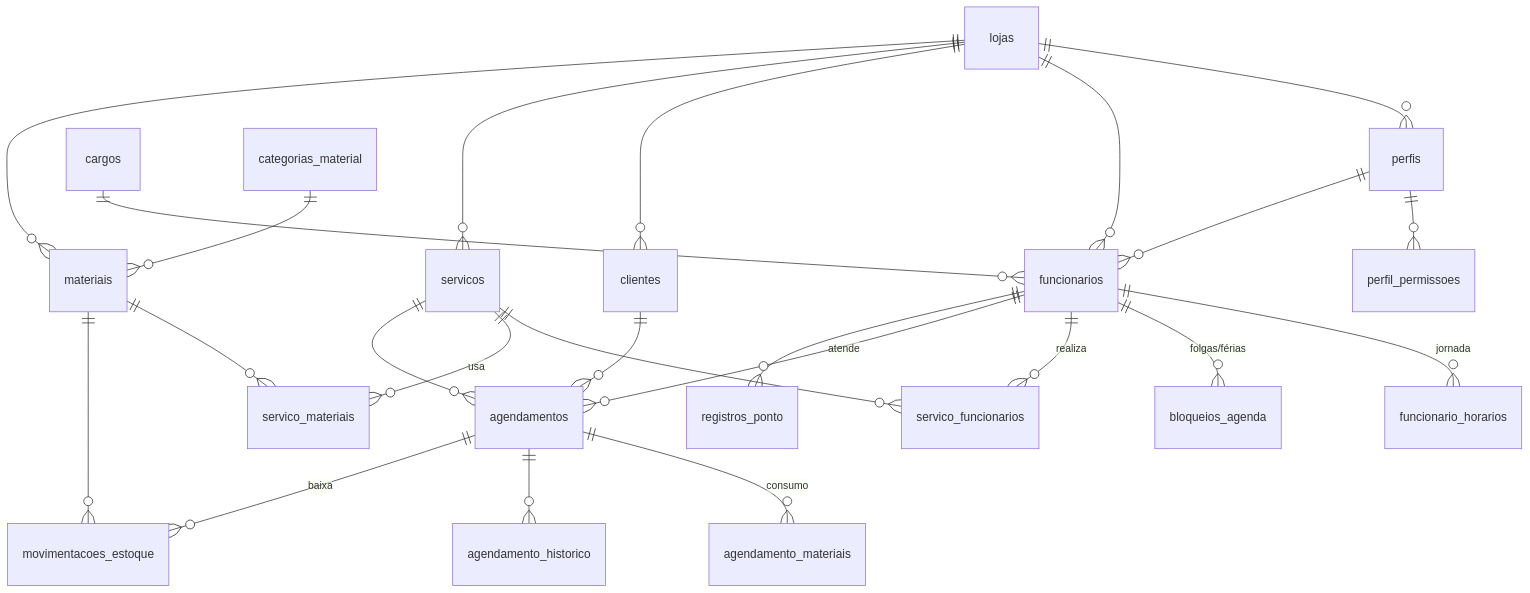
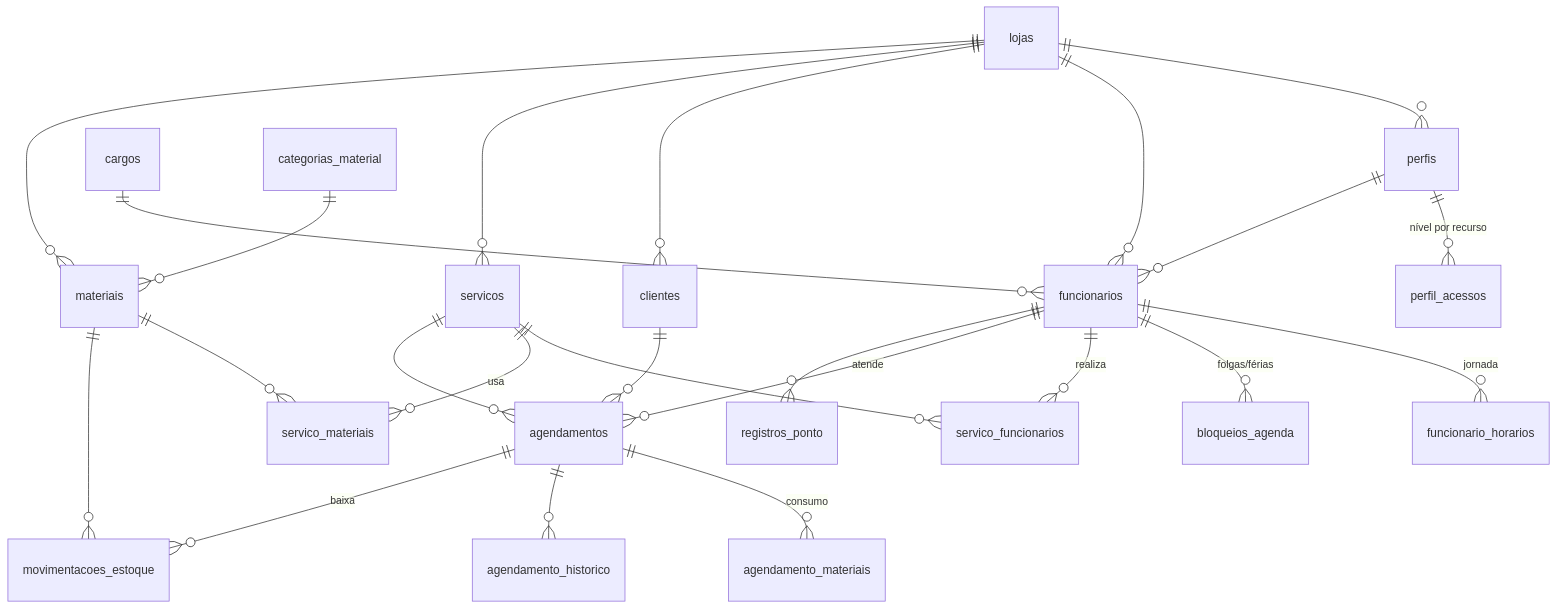
Before and after one commit to BrunoBlanck/agenda: the second of 2 diagrams in estrutura.md, drawn with Mermaid. The commit also changed other lines of this file and 44 other files, not shown here.

````diff
--- a/estrutura.md
+++ b/estrutura.md
@@ -214,32 +336,32 @@
 ```mermaid
 erDiagram
     lojas ||--o{ perfis : ""
     lojas ||--o{ funcionarios : ""
     lojas ||--o{ clientes : ""
     lojas ||--o{ servicos : ""
     lojas ||--o{ materiais : ""
 
-    perfis ||--o{ perfil_permissoes : ""
+    perfis ||--o{ perfil_acessos : "nível por recurso"
     perfis ||--o{ funcionarios : ""
     cargos ||--o{ funcionarios : ""
 
     funcionarios ||--o{ funcionario_horarios : "jornada"
     funcionarios ||--o{ bloqueios_agenda : "folgas/férias"
     funcionarios ||--o{ servico_funcionarios : "realiza"
     servicos ||--o{ servico_funcionarios : ""
 
     categorias_material ||--o{ materiais : ""
     servicos ||--o{ servico_materiais : "usa"
     materiais ||--o{ servico_materiais : ""
 
     clientes ||--o{ agendamentos : ""
     servicos ||--o{ agendamentos : ""
     funcionarios ||--o{ agendamentos : "atende"
     agendamentos ||--o{ agendamento_materiais : "consumo"
     agendamentos ||--o{ agendamento_historico : ""
 
     materiais ||--o{ movimentacoes_estoque : ""
     agendamentos ||--o{ movimentacoes_estoque : "baixa"
 
     funcionarios ||--o{ registros_ponto : ""
 ```
````
